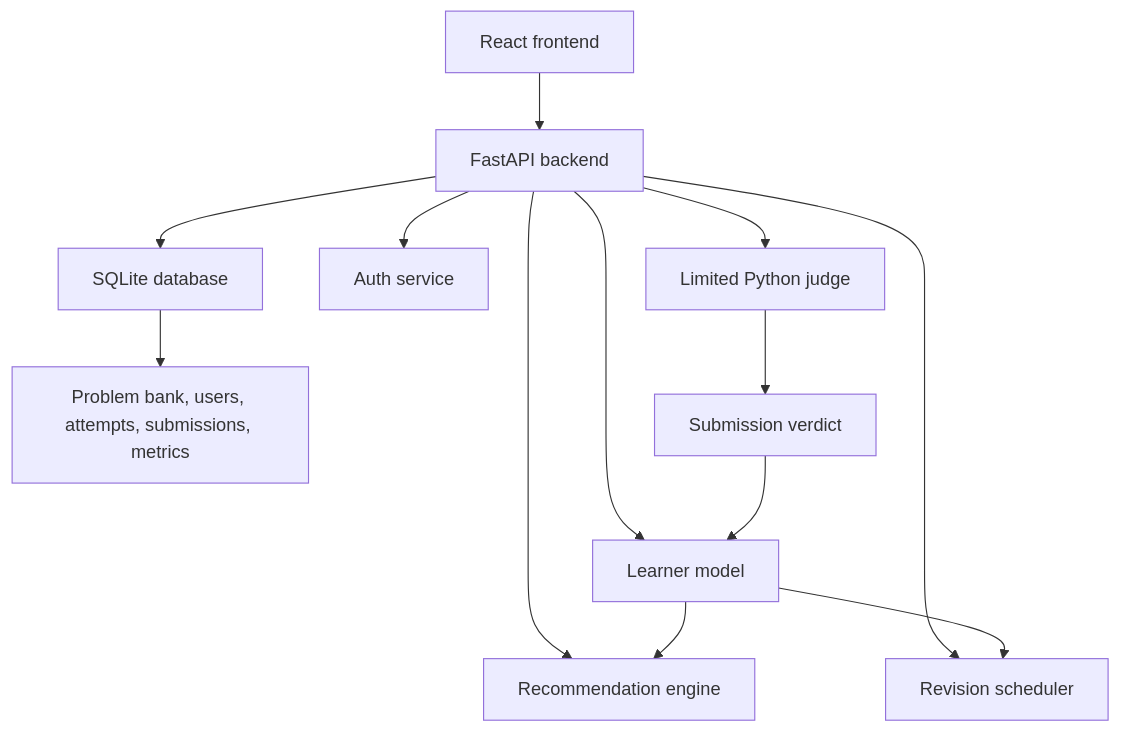
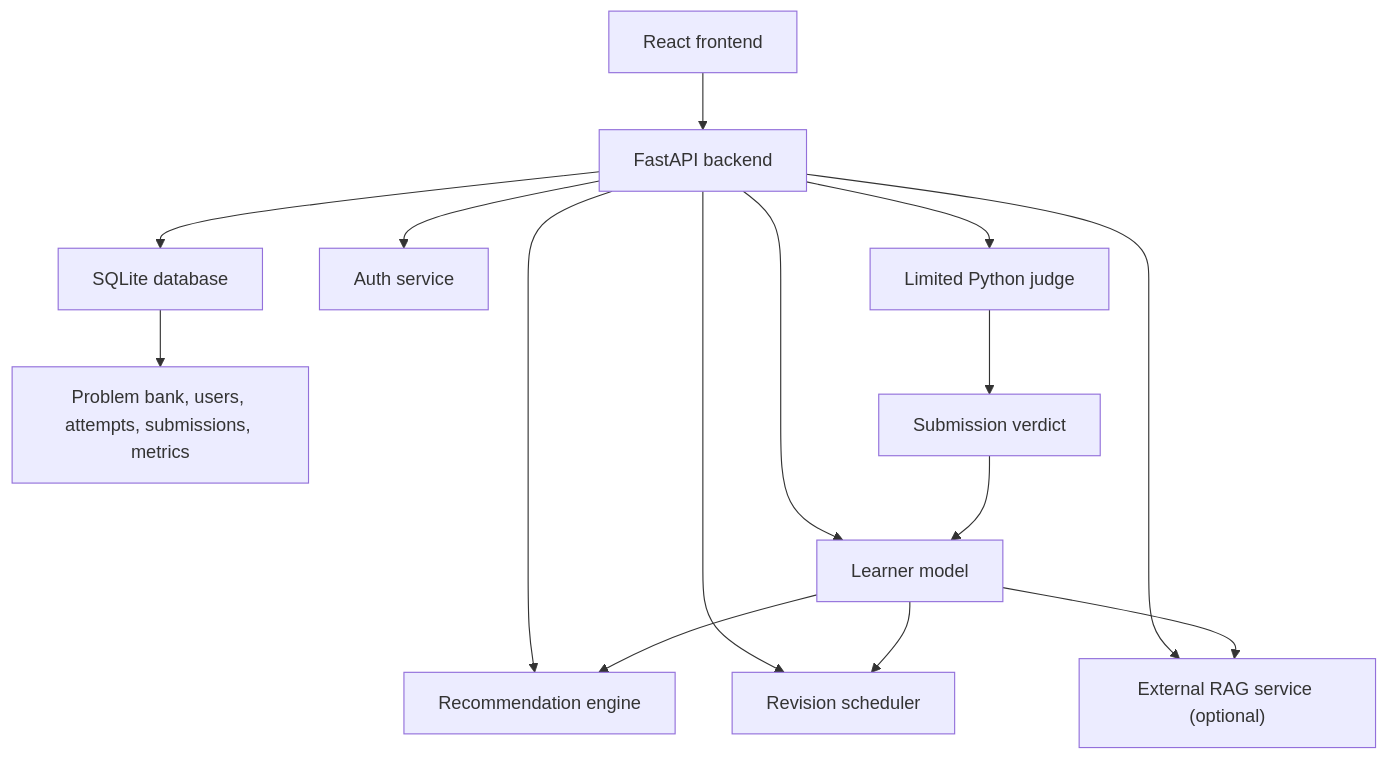
One commit to anshusinha26/Intelligent-Learning-Assistant-for-Coding-based-on-ITS changed the diagram in README.md. Above: the diagram before and after it, drawn with Mermaid. The commit also changed other lines of this file, not shown here.

Commit message:
docs: update README setup and RAG docs

````diff
--- a/README.md
+++ b/README.md
@@ -59,15 +61,17 @@
 ```mermaid
 flowchart TD
   A["React frontend"] --> B["FastAPI backend"]
   B --> C["SQLite database"]
   B --> D["Auth service"]
   B --> E["Learner model"]
   B --> F["Recommendation engine"]
   B --> G["Revision scheduler"]
   B --> H["Limited Python judge"]
+  B --> K["External RAG service (optional)"]
   C --> I["Problem bank, users, attempts, submissions, metrics"]
   H --> J["Submission verdict"]
   J --> E
   E --> F
   E --> G
+  E --> K
 ```
````
